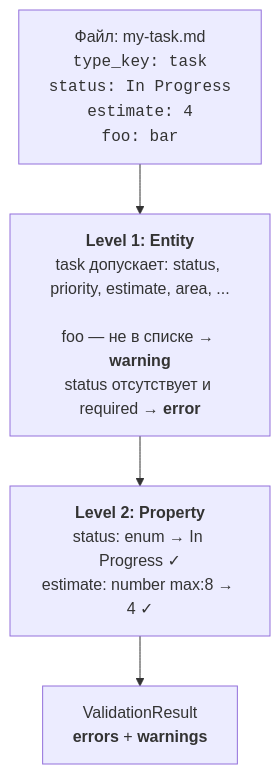
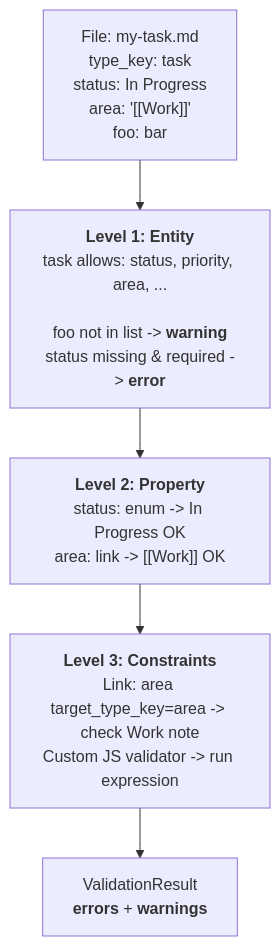
One commit to mishachepi/obsi-validate changed the second of 4 diagrams in docs/architecture.md. Above: the diagram before and after it, drawn with Mermaid. The commit also changed other lines of this file and 34 other files, not shown here.

Commit message:
feat: Property Validator plugin MVP — reactive validation, inheritance, auto-save

````diff
--- a/docs/architecture.md
+++ b/docs/architecture.md
@@ -35,12 +101,14 @@
 ```mermaid
 flowchart TB
-    F["Файл: my-task.md<br/><code>type_key: task</code><br/><code>status: In Progress</code><br/><code>estimate: 4</code><br/><code>foo: bar</code>"]
+    F["File: my-task.md<br/>type_key: task<br/>status: In Progress<br/>area: '[[Work]]'<br/>foo: bar"]
 
-    L1["<b>Level 1: Entity</b><br/>task допускает: status, priority, estimate, area, ...<br/><br/>foo — не в списке → <b>warning</b><br/>status отсутствует и required → <b>error</b>"]
+    L1["<b>Level 1: Entity</b><br/>task allows: status, priority, area, ...<br/><br/>foo not in list -> <b>warning</b><br/>status missing & required -> <b>error</b>"]
 
-    L2["<b>Level 2: Property</b><br/>status: enum → In Progress ✓<br/>estimate: number max:8 → 4 ✓"]
+    L2["<b>Level 2: Property</b><br/>status: enum -> In Progress OK<br/>area: link -> [[Work]] OK"]
+
+    L3["<b>Level 3: Constraints</b><br/>Link: area target_type_key=area -> check Work note<br/>Custom JS validator -> run expression"]
 
     R["ValidationResult<br/><b>errors</b> + <b>warnings</b>"]
 
-    F --> L1 --> L2 --> R
+    F --> L1 --> L2 --> L3 --> R
 ```
````
